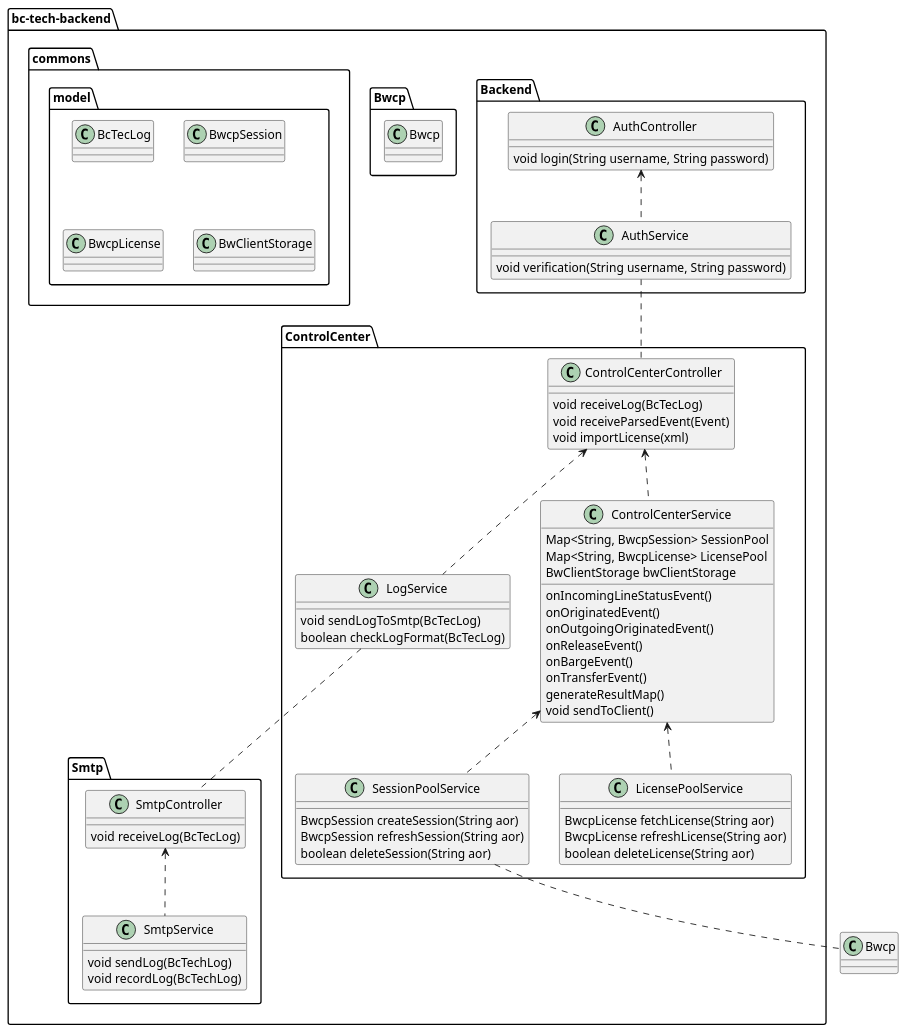
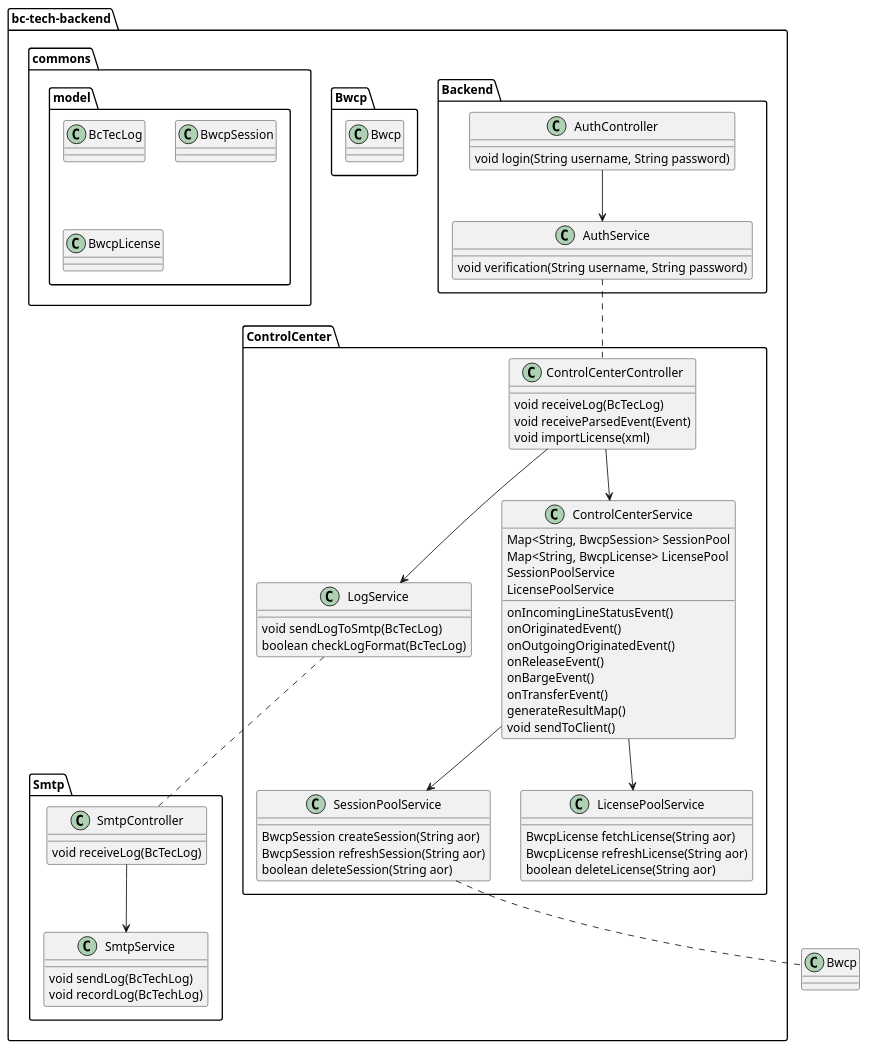
The diagram in diagrams/BcTechControlCenter/BcTechControlCenter-class-diagram.puml (JyouJyou/bc-tech-documentation), drawn with PlantUML before and after one commit. The commit also changed 1 other file, not shown here.

```diff
--- a/diagrams/BcTechControlCenter/BcTechControlCenter-class-diagram.puml
+++ b/diagrams/BcTechControlCenter/BcTechControlCenter-class-diagram.puml
@@ -1,99 +1,97 @@
 @startuml
 
 package bc-tech-backend{
   package ControlCenter{
     class ControlCenterController{
       void receiveLog(BcTecLog)
       void receiveParsedEvent(Event)
       void importLicense(xml)
     }
 
     class ControlCenterService{
       Map<String, BwcpSession> SessionPool
       Map<String, BwcpLicense> LicensePool
-      BwClientStorage bwClientStorage
+      SessionPoolService
+      LicensePoolService
 
       onIncomingLineStatusEvent()
       onOriginatedEvent()
       onOutgoingOriginatedEvent()
       onReleaseEvent()
       onBargeEvent()
       onTransferEvent()
       generateResultMap()
       void sendToClient()
     }
 
     class SessionPoolService{
       BwcpSession createSession(String aor)
       BwcpSession refreshSession(String aor)
       boolean deleteSession(String aor)
     }
 
     class LicensePoolService{
       BwcpLicense fetchLicense(String aor)
       BwcpLicense refreshLicense(String aor)
       boolean deleteLicense(String aor)
     }
 
     class LogService{
       void sendLogToSmtp(BcTecLog)
       boolean checkLogFormat(BcTecLog)
     }
   }
 
   package Smtp{
     class SmtpController{
       void receiveLog(BcTecLog)
     }
 
     class SmtpService{
       void sendLog(BcTechLog)
       void recordLog(BcTechLog)
     }
   }
 
   package Backend{
     class AuthController{
       void login(String username, String password)
     }
     class AuthService{
       void verification(String username, String password)
     }
   }
 
   package Bwcp{
     class Bwcp{
 
     }
   }
 
   package commons{
     package model{
       class BcTecLog{
 
       }
       class BwcpSession{
 
       }
       class BwcpLicense{
 
       }
-      class BwClientStorage{
-
-      }
     }
   }
 }
 
-ControlCenterController <.. ControlCenterService
-ControlCenterService <.. SessionPoolService
-ControlCenterService <.. LicensePoolService
-ControlCenterController <.. LogService
-SmtpController <.. SmtpService
-AuthController <.. AuthService
+ControlCenterController --> ControlCenterService
+ControlCenterService --> SessionPoolService
+ControlCenterService --> LicensePoolService
+ControlCenterController --> LogService
+SmtpController --> SmtpService
+AuthController --> AuthService
 
 LogService .. SmtpController
 AuthService .. ControlCenterController
 SessionPoolService .. Bwcp
 
 @enduml
```
